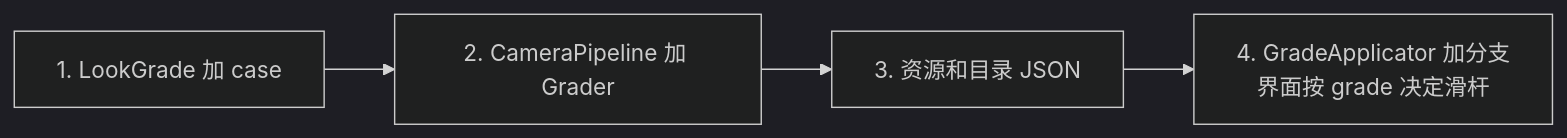
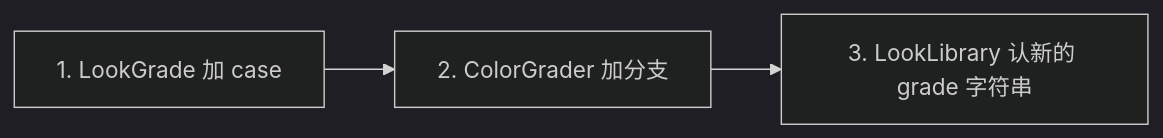
The fifth of 6 diagrams in design/architecture.md (zhe-ma/angie-filter), drawn with Mermaid (dark theme) before and after one commit. The commit also changed other lines of this file and 148 other files, not shown here.

````diff
--- a/design/architecture.md
+++ b/design/architecture.md
@@ -138,6 +132,5 @@
 ```mermaid
 flowchart LR
-  step1["1. LookGrade 加 case"] --> step2["2. CameraPipeline 加 Grader"]
-  step2 --> step3["3. 资源和目录 JSON"]
-  step3 --> step4["4. GradeApplicator 加分支<br/>界面按 grade 决定滑杆"]
+  step1["1. LookGrade 加 case"] --> step2["2. ColorGrader 加分支"]
+  step2 --> step3["3. LookLibrary 认新的 grade 字符串"]
 ```
````
